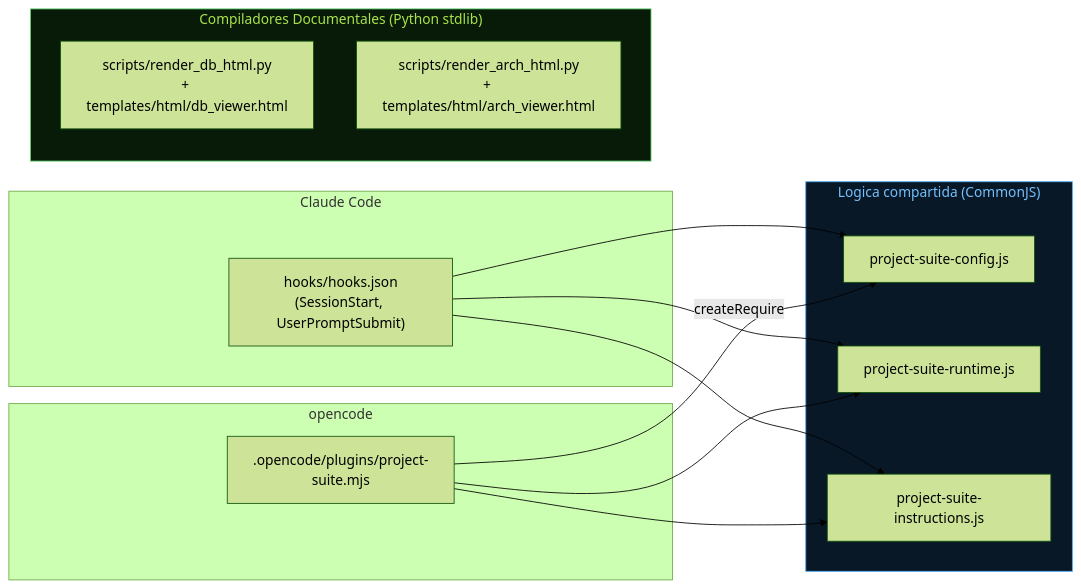
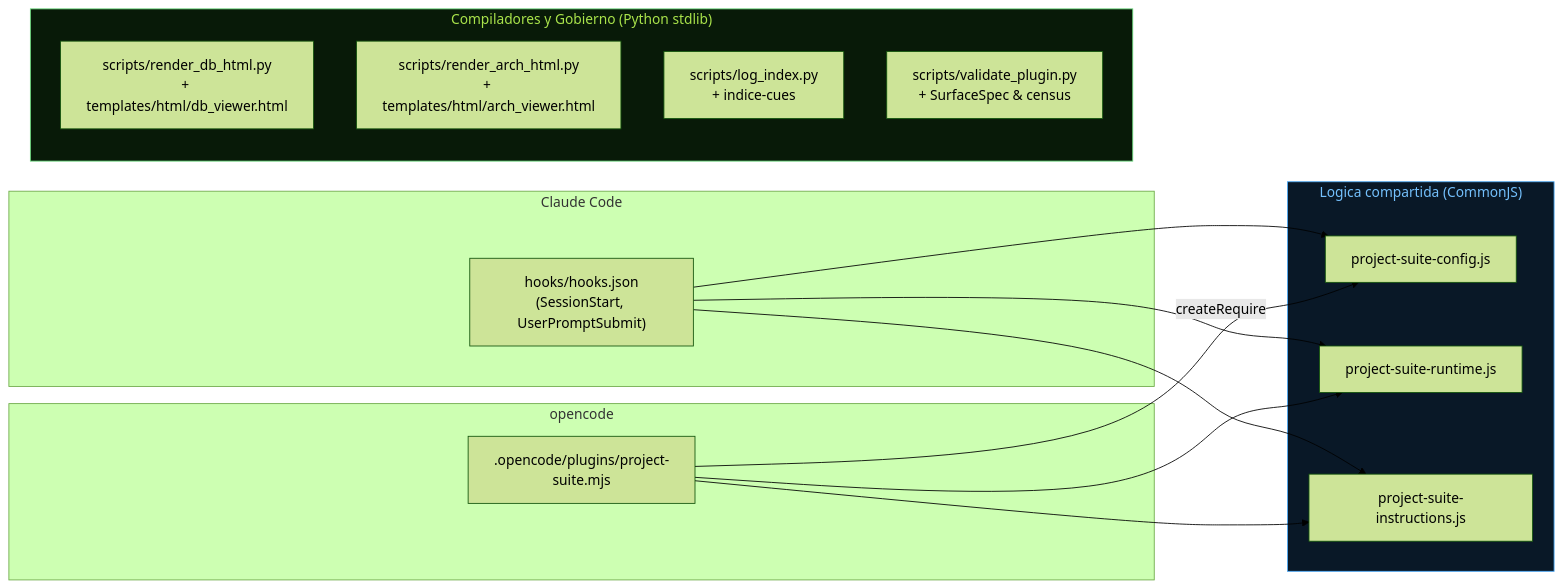
The second of 5 diagrams in docs/architecture/architecture.md (AlexPrietoRomani/project-suite), drawn with Mermaid (forest theme) before and after one commit. The commit also changed other lines of this file and 13 other files, not shown here.

````diff
--- a/docs/architecture/architecture.md
+++ b/docs/architecture/architecture.md
@@ -42,28 +42,30 @@
 ```mermaid
 flowchart LR
     subgraph CC["Claude Code"]
         HOOKSCC["hooks/hooks.json\n(SessionStart, UserPromptSubmit)"]
     end
     subgraph OC["opencode"]
         BRIDGE[".opencode/plugins/project-suite.mjs"]
     end
     subgraph SHARED["Logica compartida (CommonJS)"]
         CFG["project-suite-config.js"]
         RT["project-suite-runtime.js"]
         INSTR["project-suite-instructions.js"]
     end
-    subgraph COMP["Compiladores Documentales (Python stdlib)"]
+    subgraph COMP["Compiladores y Gobierno (Python stdlib)"]
         RDB["scripts/render_db_html.py\n+ templates/html/db_viewer.html"]
         RARCH["scripts/render_arch_html.py\n+ templates/html/arch_viewer.html"]
+        LIDX["scripts/log_index.py\n+ indice-cues"]
+        VAL["scripts/validate_plugin.py\n+ SurfaceSpec & census"]
     end
 
     HOOKSCC --> CFG
     HOOKSCC --> RT
     HOOKSCC --> INSTR
     BRIDGE -->|"createRequire"| CFG
     BRIDGE --> RT
     BRIDGE --> INSTR
 
     style SHARED fill:#091827,stroke:#4dabf7,color:#74c0fc
     style COMP fill:#081a08,stroke:#69db7c,color:#a9e34b
 ```
````
